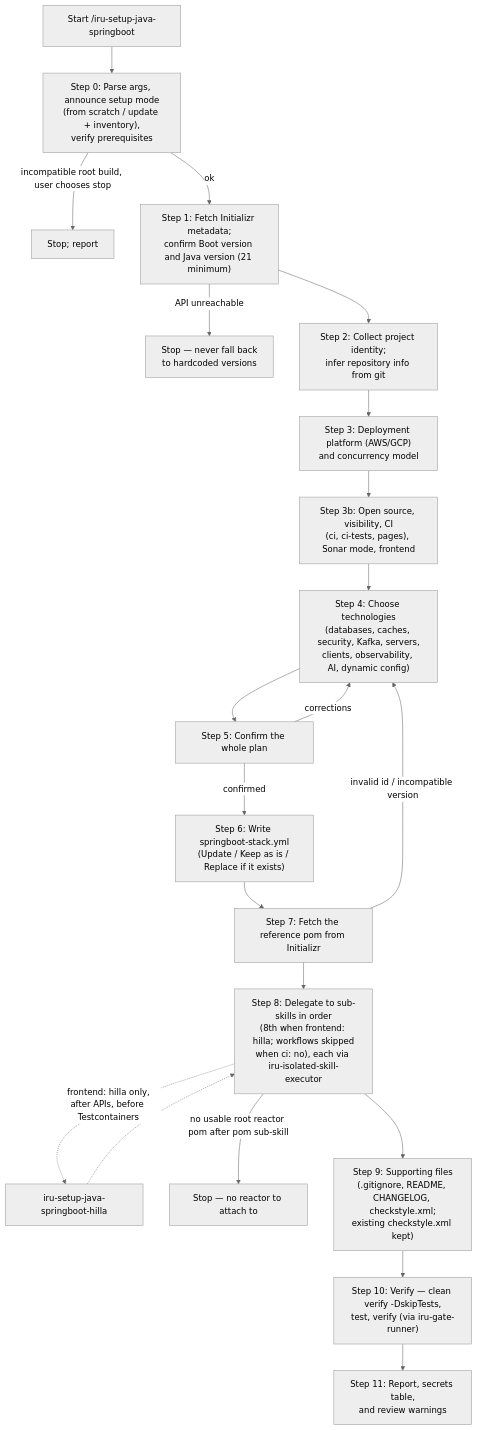
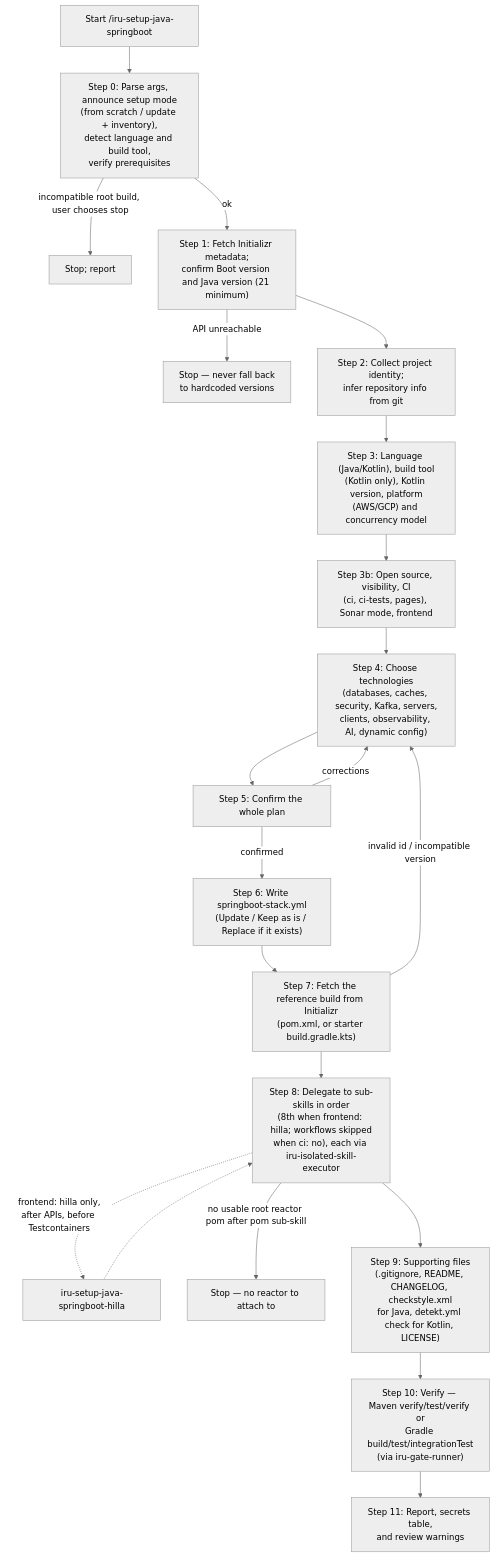
One commit to albertoirurueta/ai-catalog changed the diagram in docs/modules/ROOT/pages/skills/iru-setup-java-springboot.adoc. Above: the diagram before and after it, drawn with Mermaid (neutral theme). The commit also changed other lines of this file and 234 other files, not shown here.

```diff
--- a/docs/modules/ROOT/pages/skills/iru-setup-java-springboot.adoc
+++ b/docs/modules/ROOT/pages/skills/iru-setup-java-springboot.adoc
@@ -275,24 +307,24 @@
 [mermaid]
 ....
 flowchart TD
-    A["Start /iru-setup-java-springboot"] --> B["Step 0: Parse args, announce setup mode\n(from scratch / update + inventory),\nverify prerequisites"]
+    A["Start /iru-setup-java-springboot"] --> B["Step 0: Parse args, announce setup mode\n(from scratch / update + inventory),\ndetect language and build tool,\nverify prerequisites"]
     B -- incompatible root build, user chooses stop --> STOP[Stop; report]
     B -- ok --> C["Step 1: Fetch Initializr metadata;\nconfirm Boot version and Java version (21 minimum)"]
     C -- API unreachable --> STOP2["Stop — never fall back\nto hardcoded versions"]
     C --> D["Step 2: Collect project identity;\ninfer repository info from git"]
-    D --> E["Step 3: Deployment platform (AWS/GCP)\nand concurrency model"]
+    D --> E["Step 3: Language (Java/Kotlin), build tool\n(Kotlin only), Kotlin version, platform\n(AWS/GCP) and concurrency model"]
     E --> EB["Step 3b: Open source, visibility, CI\n(ci, ci-tests, pages), Sonar mode, frontend"]
     EB --> F["Step 4: Choose technologies\n(databases, caches, security, Kafka, servers,\nclients, observability, AI, dynamic config)"]
     F --> G["Step 5: Confirm the whole plan"]
     G -- corrections --> F
     G -- confirmed --> H["Step 6: Write springboot-stack.yml\n(Update / Keep as is / Replace if it exists)"]
-    H --> I["Step 7: Fetch the reference pom from Initializr"]
+    H --> I["Step 7: Fetch the reference build from Initializr\n(pom.xml, or starter build.gradle.kts)"]
     I -- invalid id / incompatible version --> F
     I --> J["Step 8: Delegate to sub-skills in order\n(8th when frontend: hilla; workflows skipped\nwhen ci: no), each via iru-isolated-skill-executor"]
     J -.->|"frontend: hilla only,\nafter APIs, before Testcontainers"| JH["iru-setup-java-springboot-hilla"]
     JH -.-> J
     J -- no usable root reactor pom after pom sub-skill --> STOP3["Stop — no reactor to attach to"]
-    J --> K["Step 9: Supporting files\n(.gitignore, README, CHANGELOG, checkstyle.xml;\nexisting checkstyle.xml kept)"]
-    K --> L["Step 10: Verify — clean verify -DskipTests,\ntest, verify (via iru-gate-runner)"]
+    J --> K["Step 9: Supporting files\n(.gitignore, README, CHANGELOG, checkstyle.xml\nfor Java, detekt.yml check for Kotlin, LICENSE)"]
+    K --> L["Step 10: Verify — Maven verify/test/verify or\nGradle build/test/integrationTest\n(via iru-gate-runner)"]
     L --> M["Step 11: Report, secrets table,\nand review warnings"]
 ....
```
